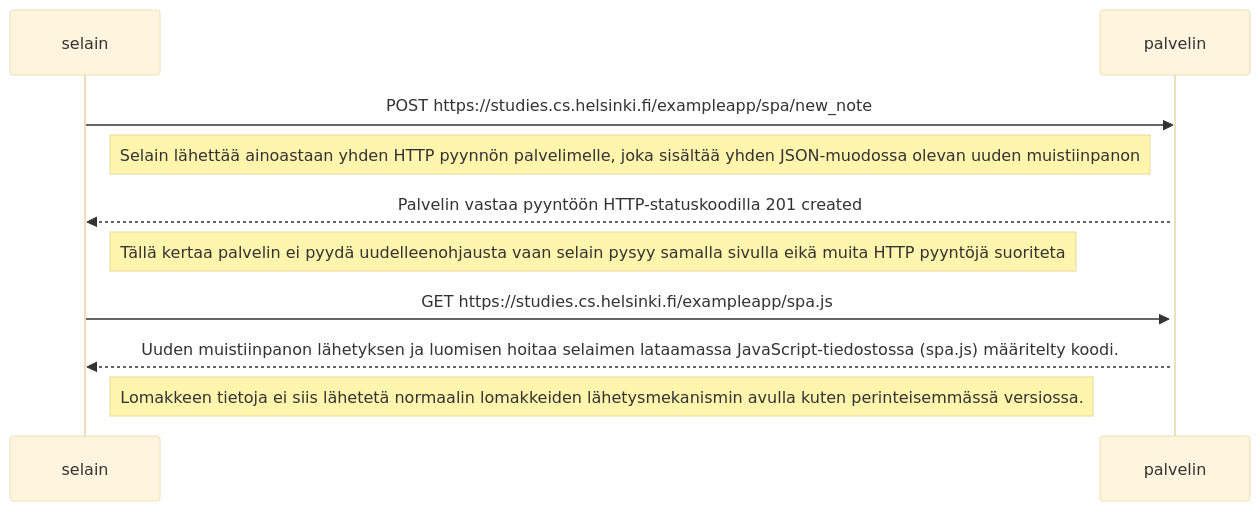
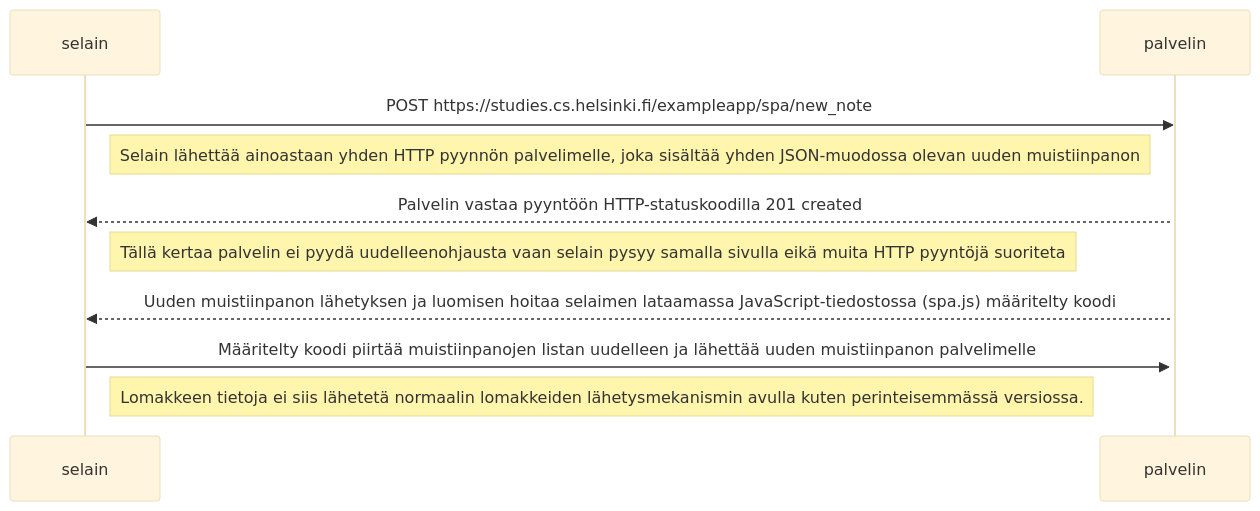
Before and after one commit to superjunnu/fullstackopen: the diagram in osa0/0.6/uusimuistiinpano_spa.md, drawn with Mermaid (base theme).

````diff
--- a/osa0/0.6/uusimuistiinpano_spa.md
+++ b/osa0/0.6/uusimuistiinpano_spa.md
@@ -1,21 +1,22 @@
 ```mermaid
 sequenceDiagram
     participant selain
     participant palvelin
     
     selain->>palvelin: POST https://studies.cs.helsinki.fi/exampleapp/spa/new_note
 
 Note right of selain: Selain lähettää ainoastaan yhden HTTP pyynnön palvelimelle, joka sisältää yhden JSON-muodossa olevan uuden muistiinpanon
 
     activate palvelin
     palvelin-->>selain: Palvelin vastaa pyyntöön HTTP-statuskoodilla 201 created
 
 Note right of selain: Tällä kertaa palvelin ei pyydä uudelleenohjausta vaan selain pysyy samalla sivulla eikä muita HTTP pyyntöjä suoriteta
     
-    selain->>palvelin: GET https://studies.cs.helsinki.fi/exampleapp/spa.js
-    palvelin-->>selain: Uuden muistiinpanon lähetyksen ja luomisen hoitaa selaimen lataamassa JavaScript-tiedostossa (spa.js) määritelty koodi.
+ 
+    palvelin-->>selain: Uuden muistiinpanon lähetyksen ja luomisen hoitaa selaimen lataamassa JavaScript-tiedostossa (spa.js) määritelty koodi
+    selain->>palvelin: Määritelty koodi piirtää muistiinpanojen listan uudelleen ja lähettää uuden muistiinpanon palvelimelle
 
 Note right of selain: Lomakkeen tietoja ei siis lähetetä normaalin lomakkeiden lähetysmekanismin avulla kuten perinteisemmässä versiossa. 
 
   
 ```
````
